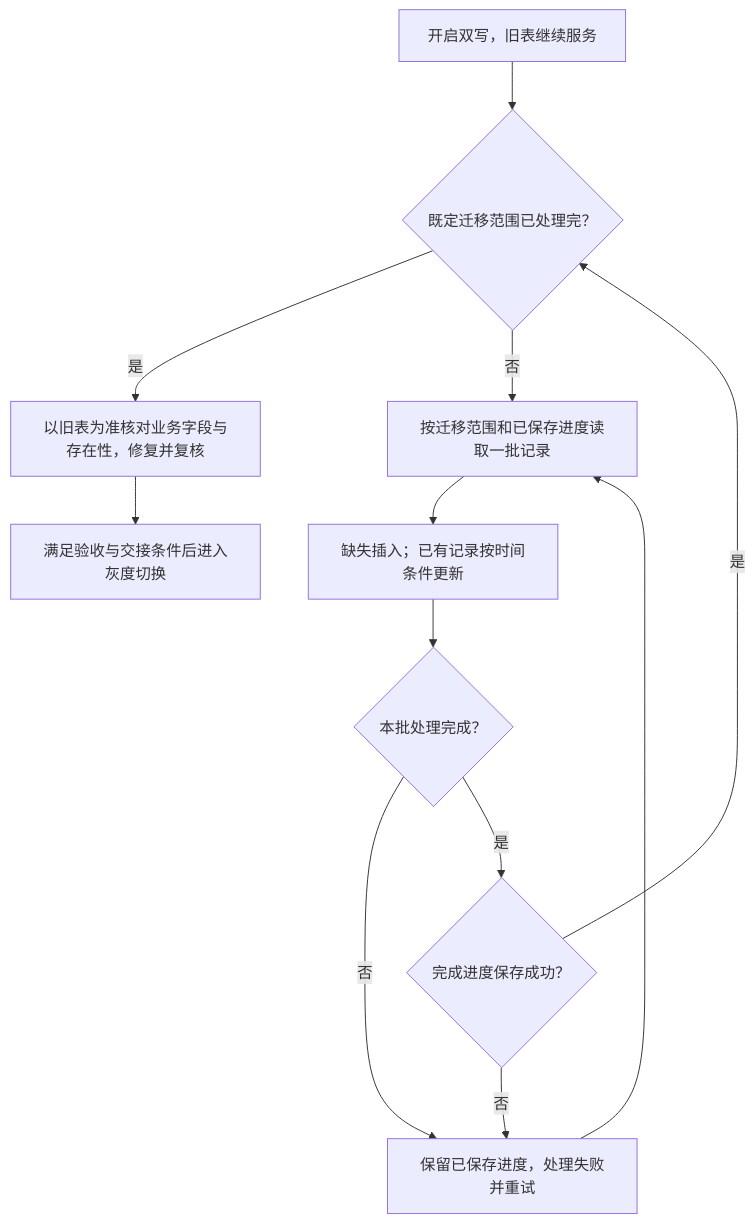
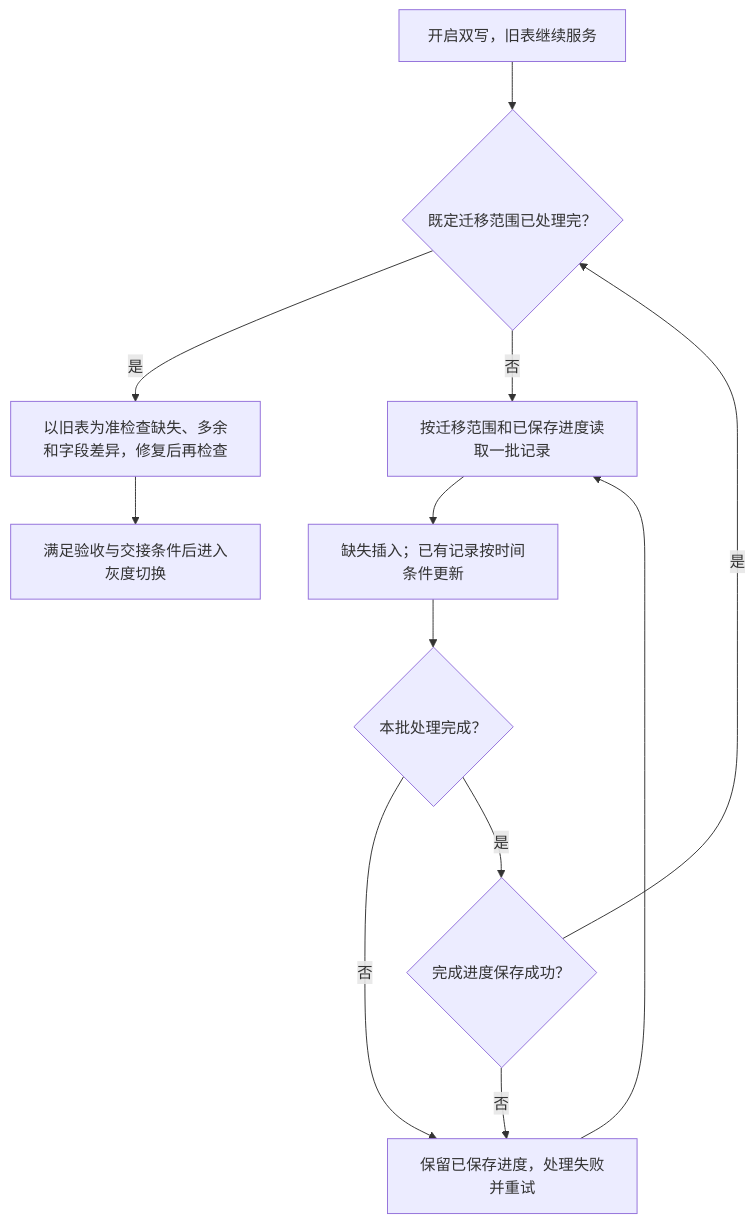
One commit to sunjiayu1105/eas changed the diagram in 002_消费记录分库分表、双写与ES 改造（15）/007_分库分表_在线历史迁移.md. Above: the diagram before and after it, drawn with Mermaid. The commit also changed other lines of this file, not shown here.

````diff
--- a/002_消费记录分库分表、双写与ES 改造（15）/007_分库分表_在线历史迁移.md
+++ b/002_消费记录分库分表、双写与ES 改造（15）/007_分库分表_在线历史迁移.md
@@ -47,15 +47,15 @@
 ```mermaid
 flowchart TD
     A["开启双写，旧表继续服务"] --> R{"既定迁移范围已处理完？"}
     R -->|是| H
     R -->|否| B["按迁移范围和已保存进度读取一批记录"]
     B --> C["缺失插入；已有记录按时间条件更新"]
     C --> D{"本批处理完成？"}
     D -->|否| E["保留已保存进度，处理失败并重试"]
     E --> B
     D -->|是| F{"完成进度保存成功？"}
     F -->|否| E
     F -->|是| R
-    H["以旧表为准核对业务字段与存在性，修复并复核"]
+    H["以旧表为准检查缺失、多余和字段差异，修复后再检查"]
     H --> I["满足验收与交接条件后进入灰度切换"]
 ```
````
